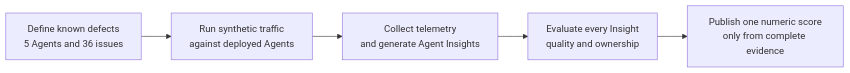
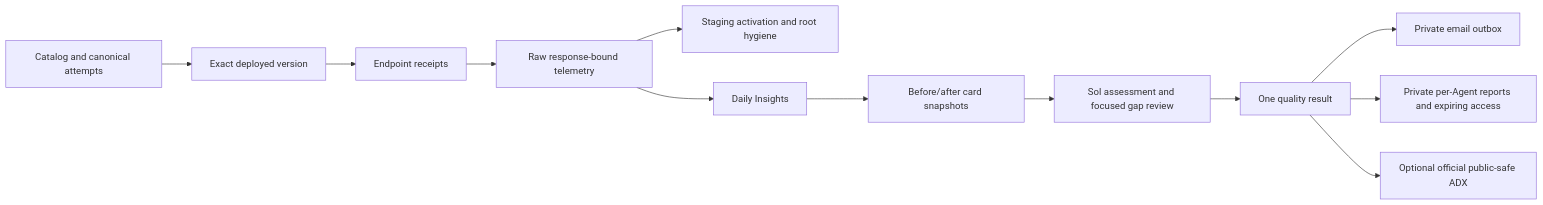
Before and after one commit to ninghu/agent-insights-quality: the diagram in docs/FRAMEWORK_OVERVIEW.md, drawn with Mermaid. The commit also changed other lines of this file and 499 other files, not shown here.

First line of the commit message:
Simplify quality qualification, scoring and private report automation (#76)

````diff
--- a/docs/FRAMEWORK_OVERVIEW.md
+++ b/docs/FRAMEWORK_OVERVIEW.md
@@ -22,10 +22,14 @@
 ```mermaid
 flowchart LR
-    A[Define known defects<br/>5 Agents and 36 issues]
-    B[Run synthetic traffic<br/>against deployed Agents]
-    C[Collect telemetry<br/>and generate Agent Insights]
-    D[Evaluate every Insight<br/>quality and ownership]
-    E[Publish one numeric score<br/>only from complete evidence]
-
-    A --> B --> C --> D --> E
+  A[Catalog and canonical attempts] --> B[Exact deployed version]
+  B --> C[Endpoint receipts]
+  C --> D[Raw response-bound telemetry]
+  D --> E[Staging activation and root hygiene]
+  D --> F[Daily Insights]
+  F --> G[Before/after card snapshots]
+  G --> H[Sol assessment and focused gap review]
+  H --> I[One quality result]
+  I --> J[Private email outbox]
+  I --> K[Private per-Agent reports and expiring access]
+  I --> L[Optional official public-safe ADX]
 ```
````
